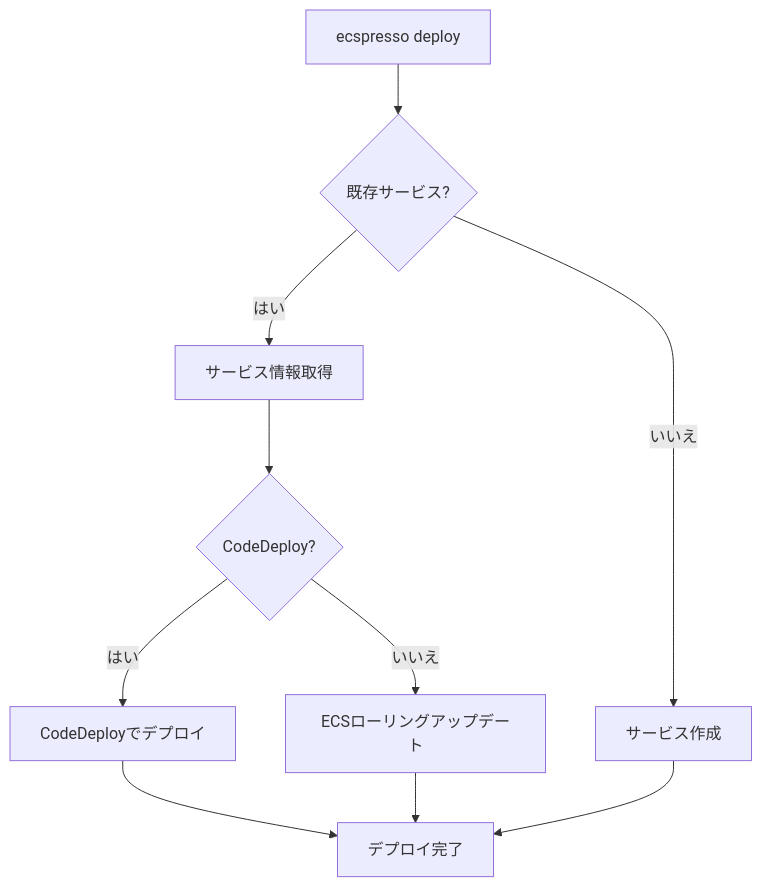
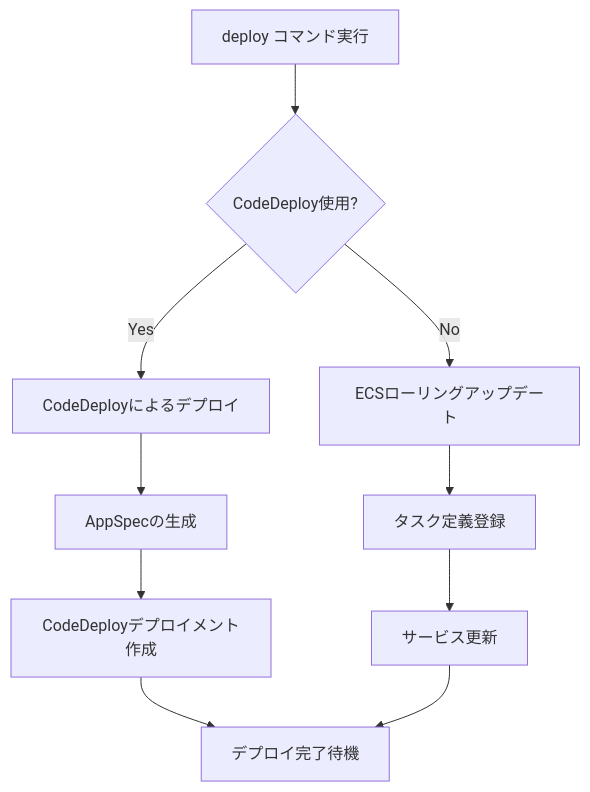
The diagram in ecspresso/commands/deploy.md (bufferings/devin-docs), drawn with Mermaid before and after one commit. The commit also changed other lines of this file and 32 other files, not shown here.

````diff
--- a/ecspresso/commands/deploy.md
+++ b/ecspresso/commands/deploy.md
@@ -67,12 +56,12 @@
 ```mermaid
 graph TD
-    A[ecspresso deploy] --> B{既存サービス?}
-    B -->|はい| C[サービス情報取得]
-    B -->|いいえ| D[サービス作成]
-    C --> E{CodeDeploy?}
-    E -->|はい| F[CodeDeployでデプロイ]
-    E -->|いいえ| G[ECSローリングアップデート]
-    F --> H[デプロイ完了]
-    G --> H
-    D --> H
+    A[deploy コマンド実行] --> B{CodeDeploy使用?}
+    B -->|Yes| C[CodeDeployによるデプロイ]
+    B -->|No| D[ECSローリングアップデート]
+    C --> E[AppSpecの生成]
+    E --> F[CodeDeployデプロイメント作成]
+    D --> G[タスク定義登録]
+    G --> H[サービス更新]
+    F --> I[デプロイ完了待機]
+    H --> I
 ```
````
